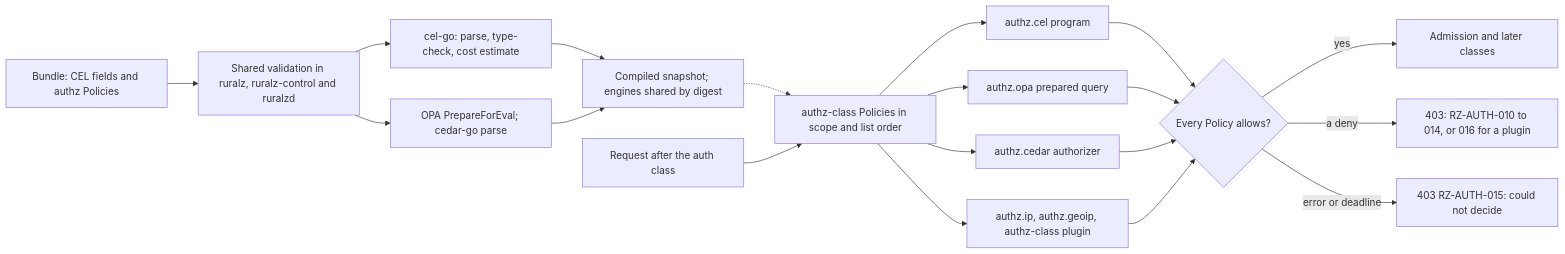
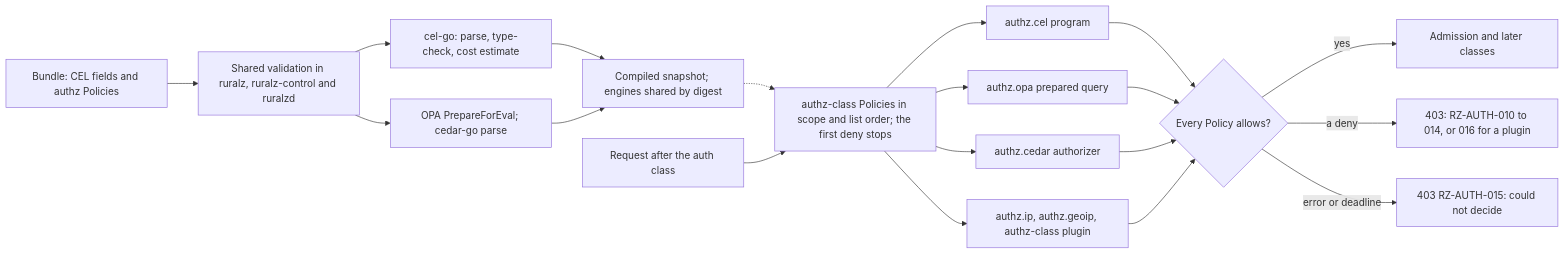
The diagram in docs/adr/0011-expressions-and-authorization-engines.md (ravindu-rev/ruralz), drawn with Mermaid before and after one commit. The commit also changed other lines of this file and 24 other files, not shown here.

````diff
--- a/docs/adr/0011-expressions-and-authorization-engines.md
+++ b/docs/adr/0011-expressions-and-authorization-engines.md
@@ -61,30 +61,30 @@
 ```mermaid
 flowchart LR
   bundle["Bundle: CEL fields and authz Policies"]
   val["Shared validation in ruralz, ruralz-control and ruralzd"]
   celc["cel-go: parse, type-check, cost estimate"]
   prep["OPA PrepareForEval; cedar-go parse"]
   snap["Compiled snapshot; engines shared by digest"]
   req["Request after the auth class"]
-  chain["authz-class Policies in scope and list order"]
+  chain["authz-class Policies in scope and list order; the first deny stops"]
   ac["authz.cel program"]
   ao["authz.opa prepared query"]
   acd["authz.cedar authorizer"]
   other["authz.ip, authz.geoip, authz-class plugin"]
   dec{"Every Policy allows?"}
   allow["Admission and later classes"]
   deny["403: RZ-AUTH-010 to 014, or 016 for a plugin"]
   err["403 RZ-AUTH-015: could not decide"]
   bundle --> val
   val --> celc --> snap
   val --> prep --> snap
   snap -.-> chain
   req --> chain
   chain --> ac --> dec
   chain --> ao --> dec
   chain --> acd --> dec
   chain --> other --> dec
   dec -- "yes" --> allow
   dec -- "a deny" --> deny
   dec -- "error or deadline" --> err
 ```
````
